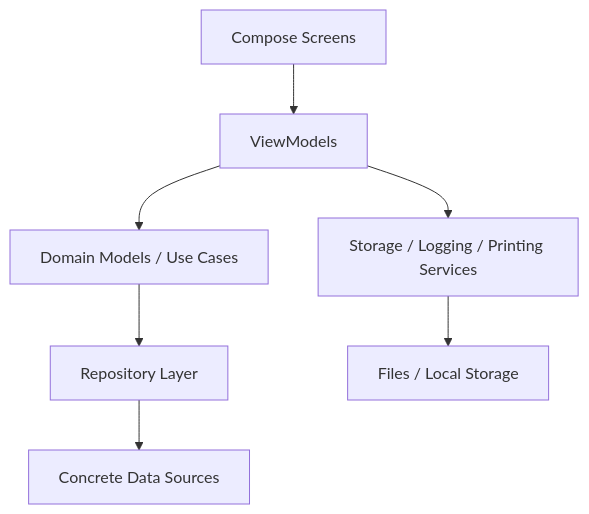
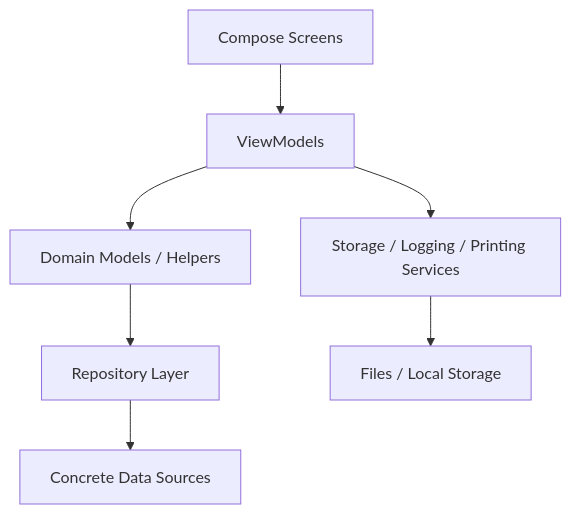
The diagram in ARCHITECTURE_OVERVIEW.md (Zcamaya/zcamstudio-kawaiipb), drawn with Mermaid before and after one commit. The commit also changed other lines of this file and 9 other files, not shown here.

````diff
--- a/ARCHITECTURE_OVERVIEW.md
+++ b/ARCHITECTURE_OVERVIEW.md
@@ -21,9 +21,9 @@
 ```mermaid
 flowchart TD
     UI["Compose Screens"] --> VM["ViewModels"]
-    VM --> Domain["Domain Models / Use Cases"]
+    VM --> Domain["Domain Models / Helpers"]
     VM --> Services["Storage / Logging / Printing Services"]
     Domain --> Repo["Repository Layer"]
     Repo --> Data["Concrete Data Sources"]
     Services --> FS["Files / Local Storage"]
 ```
````
